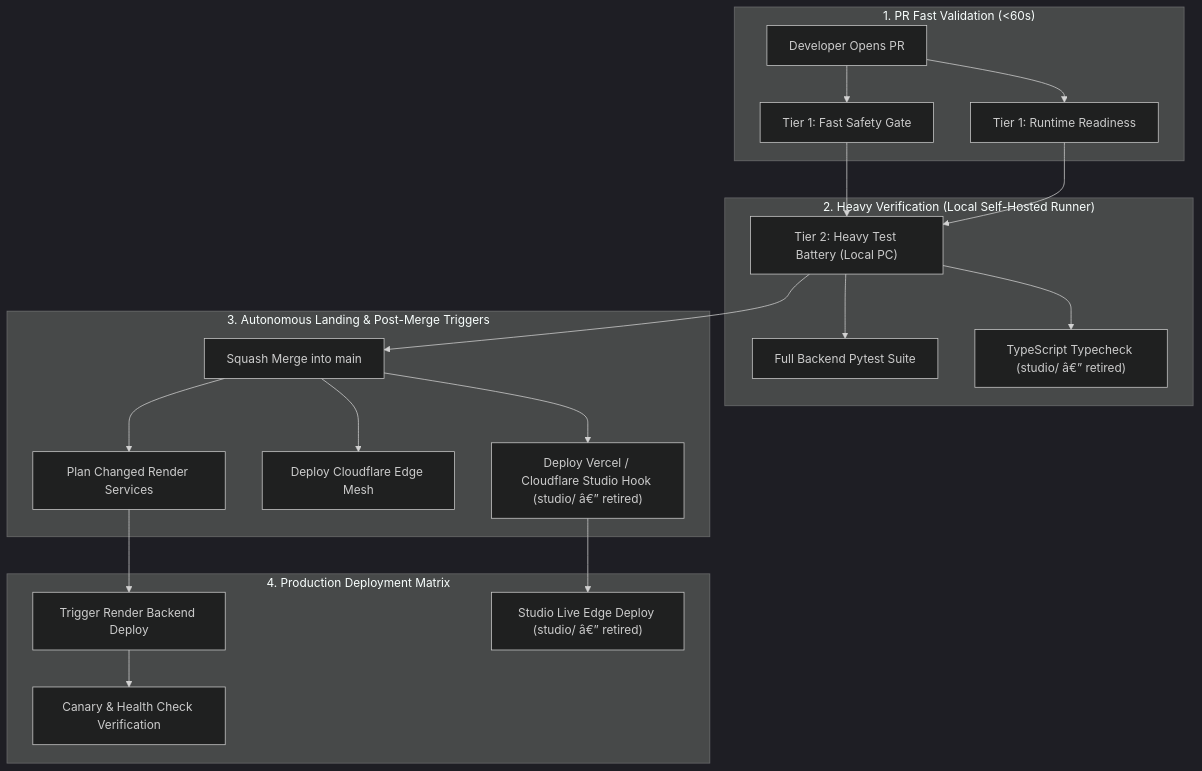
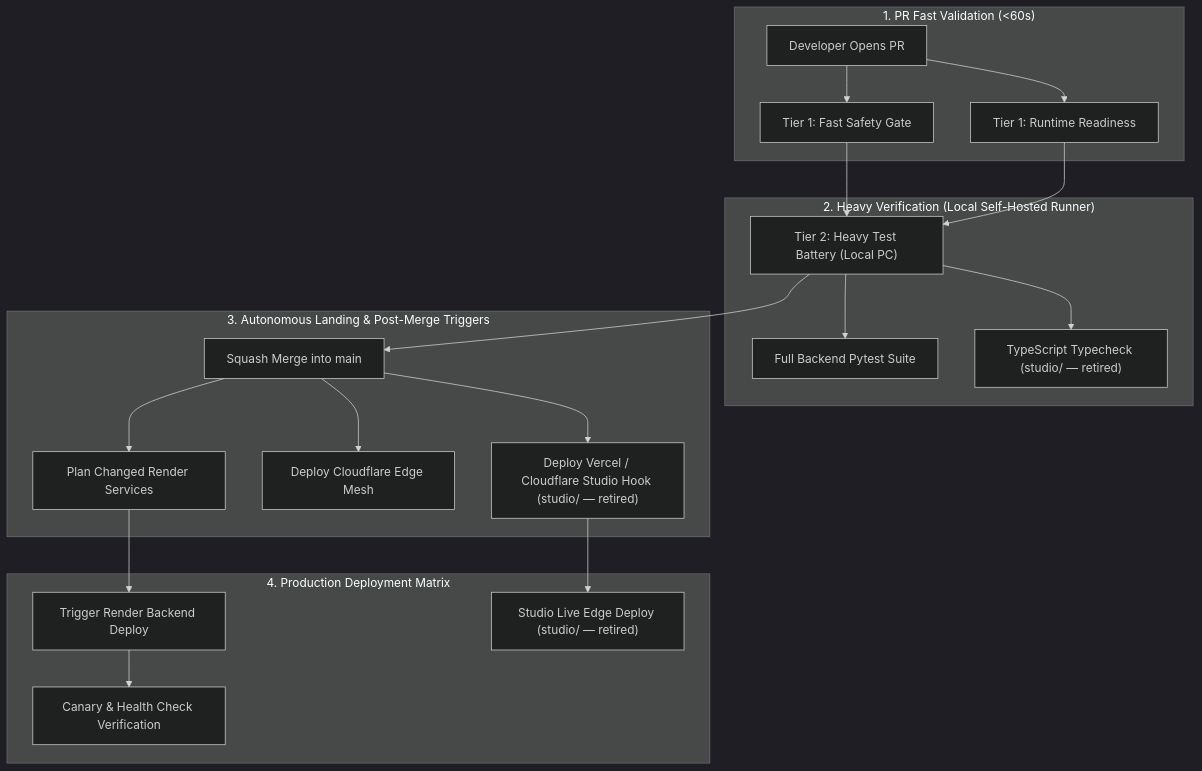
One commit to Supremeai-bd/supremeai changed the second of 4 diagrams in README.md. Above: the diagram before and after it, drawn with Mermaid (dark theme). The commit also changed other lines of this file and 18 other files, not shown here.

````diff
--- a/README.md
+++ b/README.md
@@ -67,27 +67,27 @@
 ```mermaid
 flowchart TD
     subgraph S1["1. PR Fast Validation (<60s)"]
         PR["Developer Opens PR"] --> FastSafety["Tier 1: Fast Safety Gate"]
         PR --> RuntimeReadiness["Tier 1: Runtime Readiness"]
     end
 
     subgraph S2["2. Heavy Verification (Local Self-Hosted Runner)"]
         FastSafety --> HeavyGate["Tier 2: Heavy Test Battery (Local PC)"]
         RuntimeReadiness --> HeavyGate
         HeavyGate --> CorePytest["Full Backend Pytest Suite"]
-        HeavyGate --> Typecheck["TypeScript Typecheck (studio/ â€” retired)"]
+        HeavyGate --> Typecheck["TypeScript Typecheck (studio/ — retired)"]
     end
 
     subgraph S3["3. Autonomous Landing & Post-Merge Triggers"]
         HeavyGate --> PRMerge["Squash Merge into main"]
         PRMerge --> ResolveTargets["Plan Changed Render Services"]
         PRMerge --> EdgeDeploy["Deploy Cloudflare Edge Mesh"]
-        PRMerge --> VercelHook["Deploy Vercel / Cloudflare Studio Hook (studio/ â€” retired)"]
+        PRMerge --> VercelHook["Deploy Vercel / Cloudflare Studio Hook (studio/ — retired)"]
     end
 
     subgraph S4["4. Production Deployment Matrix"]
         ResolveTargets --> RenderTrigger["Trigger Render Backend Deploy"]
         RenderTrigger --> CanaryVerify["Canary & Health Check Verification"]
-        VercelHook --> CloudflarePages["Studio Live Edge Deploy (studio/ â€” retired)"]
+        VercelHook --> CloudflarePages["Studio Live Edge Deploy (studio/ — retired)"]
     end
 ```
````
